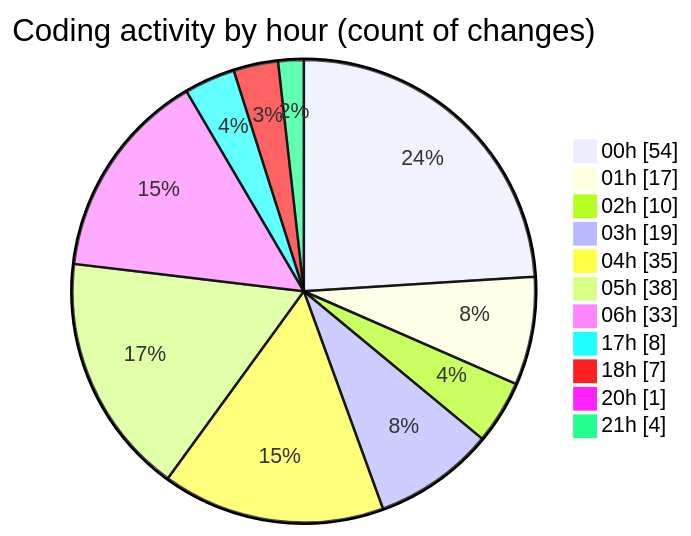
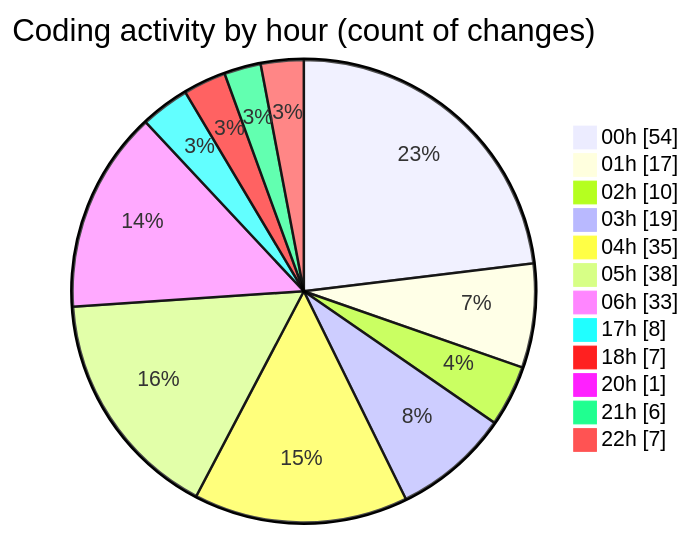
One commit to lephambinh05/code-tracking changed the second of 2 diagrams in 2025-07-26/quanlyrapchieuphim-1/README.md. Above: the diagram before and after it, drawn with Mermaid. The commit also changed other lines of this file and 1 other file, not shown here.

````diff
--- a/2025-07-26/quanlyrapchieuphim-1/README.md
+++ b/2025-07-26/quanlyrapchieuphim-1/README.md
@@ -53,15 +53,16 @@
 ```mermaid
 pie showData
 title Coding activity by hour (count of changes)
 "00h" : 54
 "01h" : 17
 "02h" : 10
 "03h" : 19
 "04h" : 35
 "05h" : 38
 "06h" : 33
 "17h" : 8
 "18h" : 7
 "20h" : 1
-"21h" : 4
+"21h" : 6
+"22h" : 7
 ```
````
